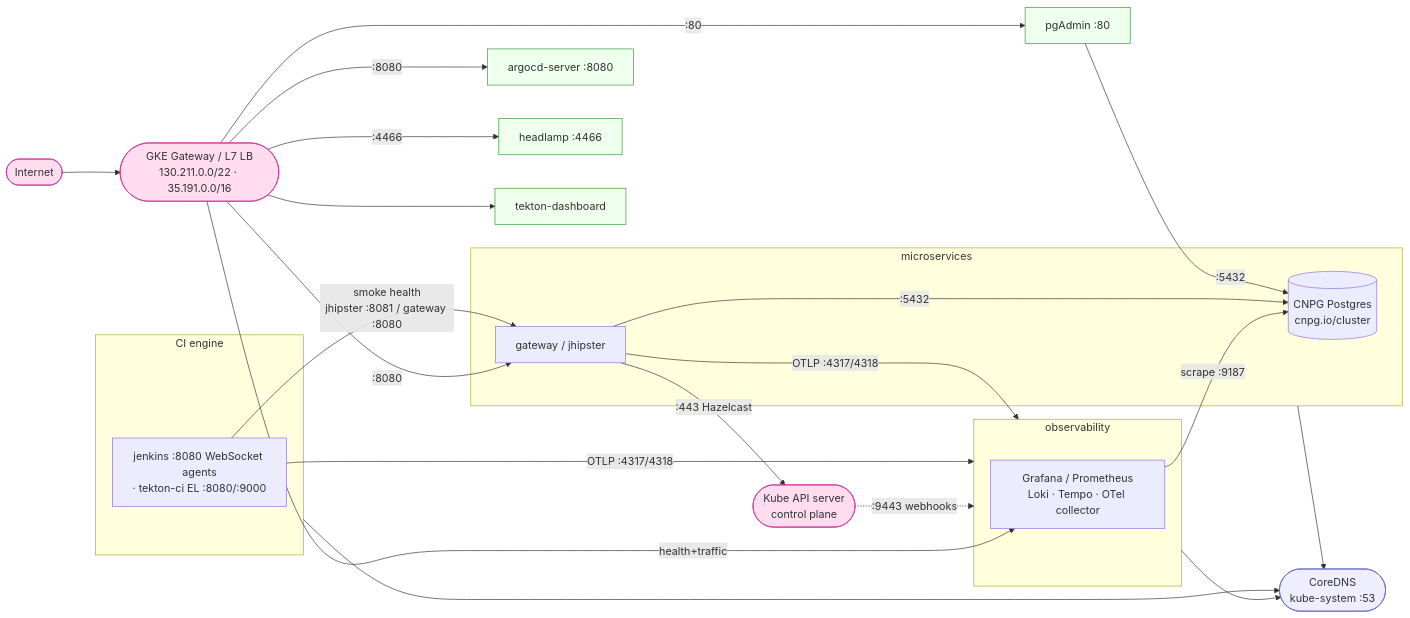
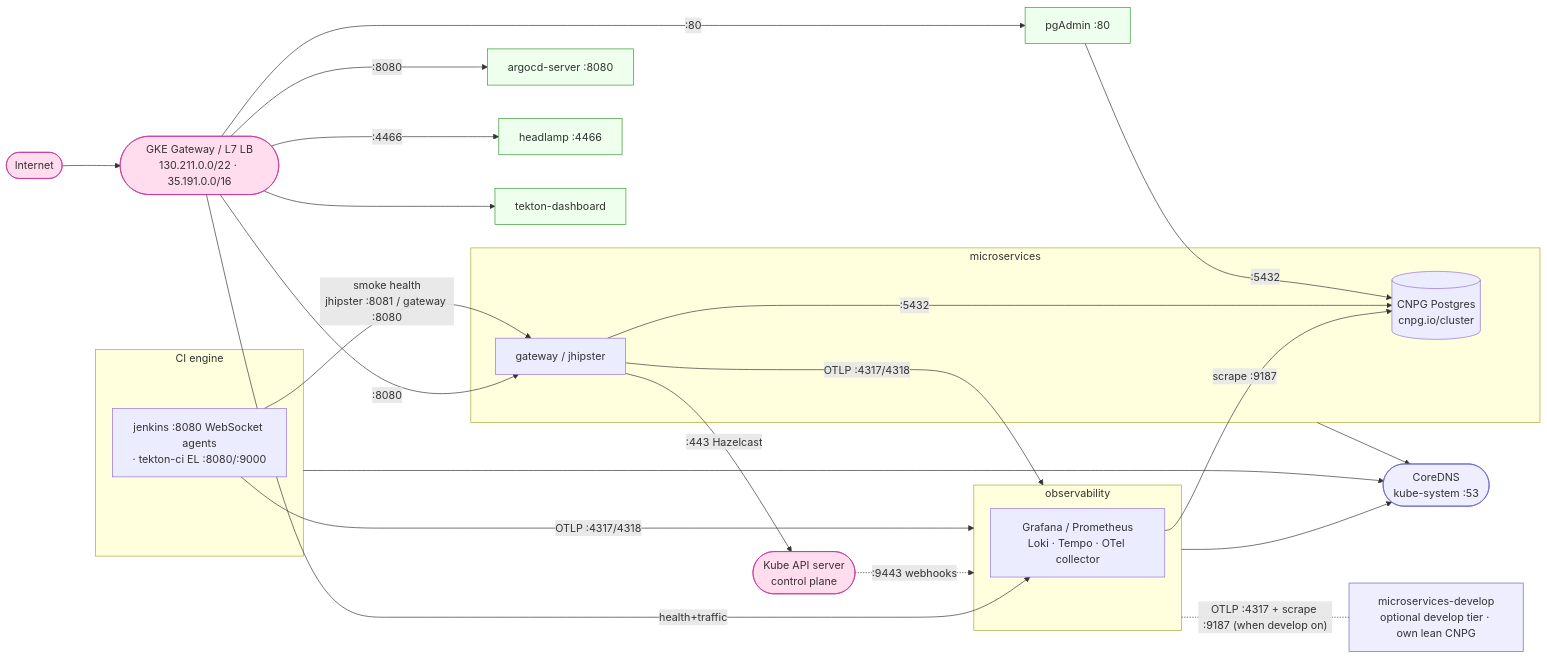
Before and after one commit to nubenetes/jenkins-2026: the third of 6 diagrams in docs/501-PLATFORM_OPERATIONS.md, drawn with Mermaid. The commit also changed other lines of this file and 2 other files, not shown here.

Commit message:
docs(201,501): integrate the develop tier into existing diagrams (audit) + changelog v0.23.1
Audited every Mermaid diagram for develop-tier integrity and updated the 4 where
the optional tier is genuinely part of the model — marked dashed/'(optional)' and
reflecting its lean shape (1 CNPG instance, no backups): 201 Component diagram +
Namespace/Secret topology; 501 ArgoCD app-of-apps tree + NetworkPolicy flow. The
rest (env-agnostic obs diagrams, steady-state stable views, internal-only Gateway/
IAP/ESO contexts) were reviewed and intentionally left unchanged. All validated.

````diff
--- a/docs/501-PLATFORM_OPERATIONS.md
+++ b/docs/501-PLATFORM_OPERATIONS.md
@@ -287,48 +288,50 @@
 ```mermaid
 flowchart LR
   net([Internet]):::ext
   lb([GKE Gateway / L7 LB<br/>130.211.0.0/22 · 35.191.0.0/16]):::ext
   api([Kube API server<br/>control plane]):::ext
   dns([CoreDNS<br/>kube-system :53]):::infra
 
   net --> lb
 
   subgraph obs[observability]
     graf[Grafana / Prometheus<br/>Loki · Tempo · OTel collector]
   end
   subgraph ms[microservices]
     gw[gateway / jhipster]
     pg[(CNPG Postgres<br/>cnpg.io/cluster)]
   end
+  msd[microservices-develop<br/>optional develop tier · own lean CNPG]:::infra
   subgraph ci[CI engine]
     cieng[jenkins :8080 WebSocket agents<br/>· tekton-ci EL :8080/:9000]
   end
   argocd[argocd-server :8080]:::ui
   headlamp[headlamp :4466]:::ui
   pgadmin[pgAdmin :80]:::ui
   tkdash[tekton-dashboard]:::ui
 
   lb -->|:8080| gw
   lb -->|health+traffic| graf
   lb -->|:8080| argocd
   lb -->|:4466| headlamp
   lb -->|:80| pgadmin
   lb --> tkdash
 
   api -.->|:9443 webhooks| obs
   cieng -->|OTLP :4317/4318| obs
   cieng -->|smoke health<br/>jhipster :8081 / gateway :8080| gw
   gw -->|OTLP :4317/4318| obs
   graf -->|scrape :9187| pg
   gw -->|:5432| pg
   gw -->|:443 Hazelcast| api
   pgadmin -->|:5432| pg
+  obs -. "OTLP :4317 + scrape :9187 (when develop on)" .- msd
 
   obs --> dns
   ms --> dns
   ci --> dns
 
   classDef ext fill:#fde,stroke:#c39;
   classDef infra fill:#eef,stroke:#66c;
   classDef ui fill:#efe,stroke:#393;
 ```
````
